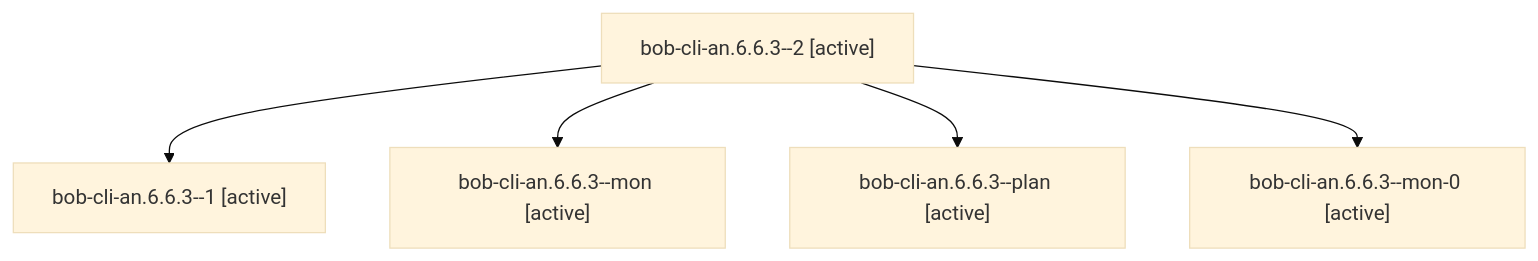
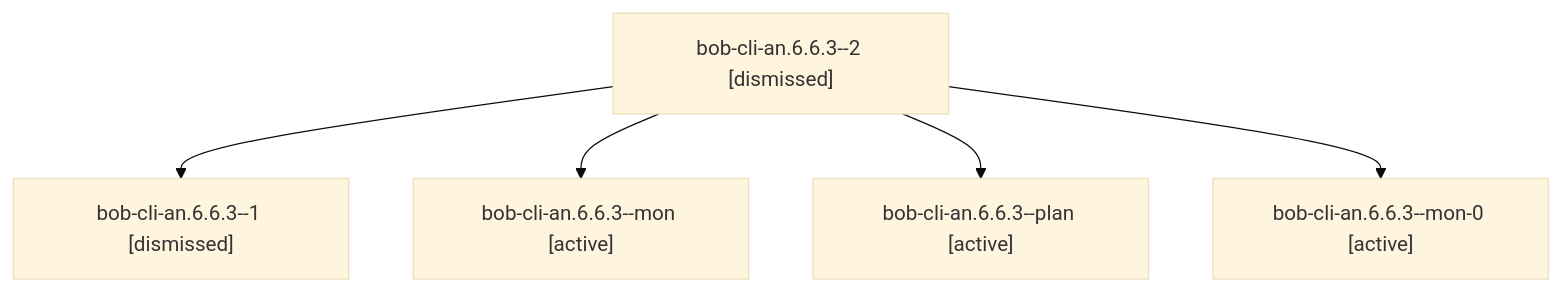
Before and after one commit to bobs-org/bob-cli--agents: the diagram in sessions/bbugyi200.athena.bob-cli-an.6.6.3.md, drawn with Mermaid (base theme). The commit also changed other lines of this file and 553 other files, not shown here.

````diff
--- a/sessions/bbugyi200.athena.bob-cli-an.6.6.3.md
+++ b/sessions/bbugyi200.athena.bob-cli-an.6.6.3.md
@@ -9,12 +9,12 @@
 ```mermaid
 flowchart TD
-  n0["bob-cli-an.6.6.3--2 [active]"]
-  n1["bob-cli-an.6.6.3--1 [active]"]
+  n0["bob-cli-an.6.6.3--2 [dismissed]"]
+  n1["bob-cli-an.6.6.3--1 [dismissed]"]
   n0 --> n1
   n2["bob-cli-an.6.6.3--mon [active]"]
   n0 --> n2
   n3["bob-cli-an.6.6.3--plan [active]"]
   n0 --> n3
   n4["bob-cli-an.6.6.3--mon-0 [active]"]
   n0 --> n4
 ```
````
